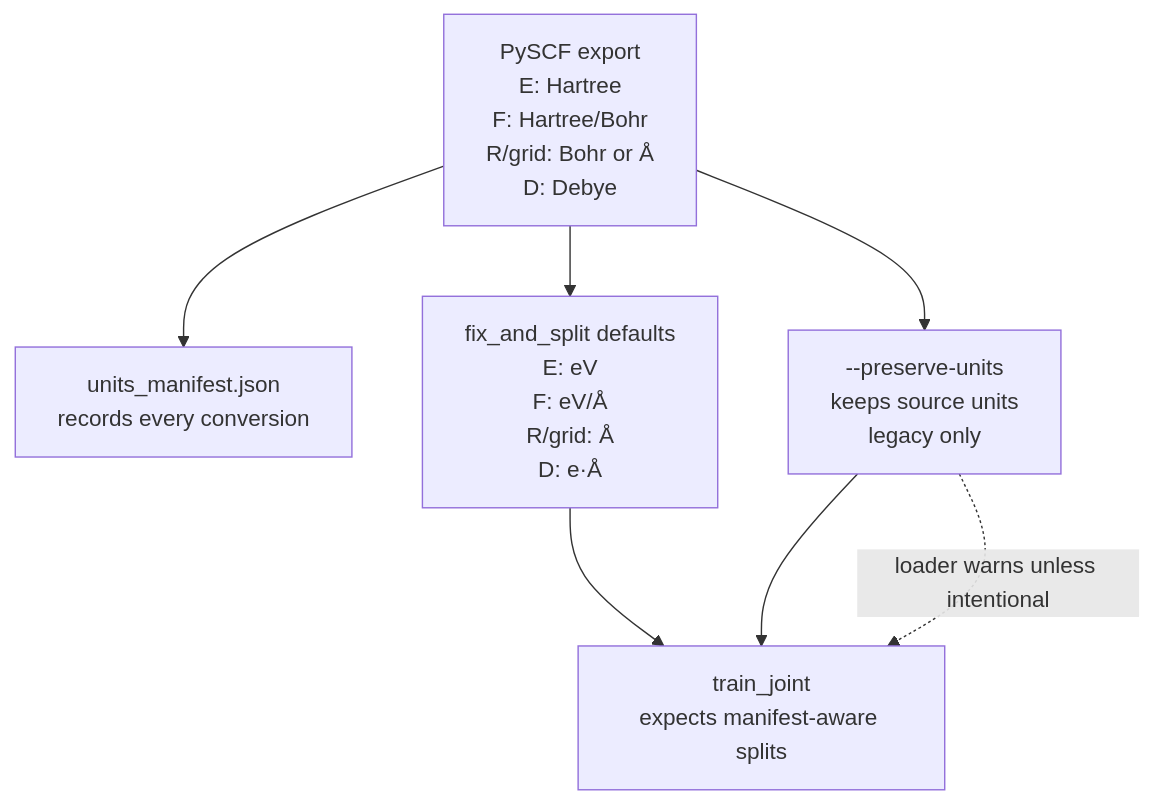
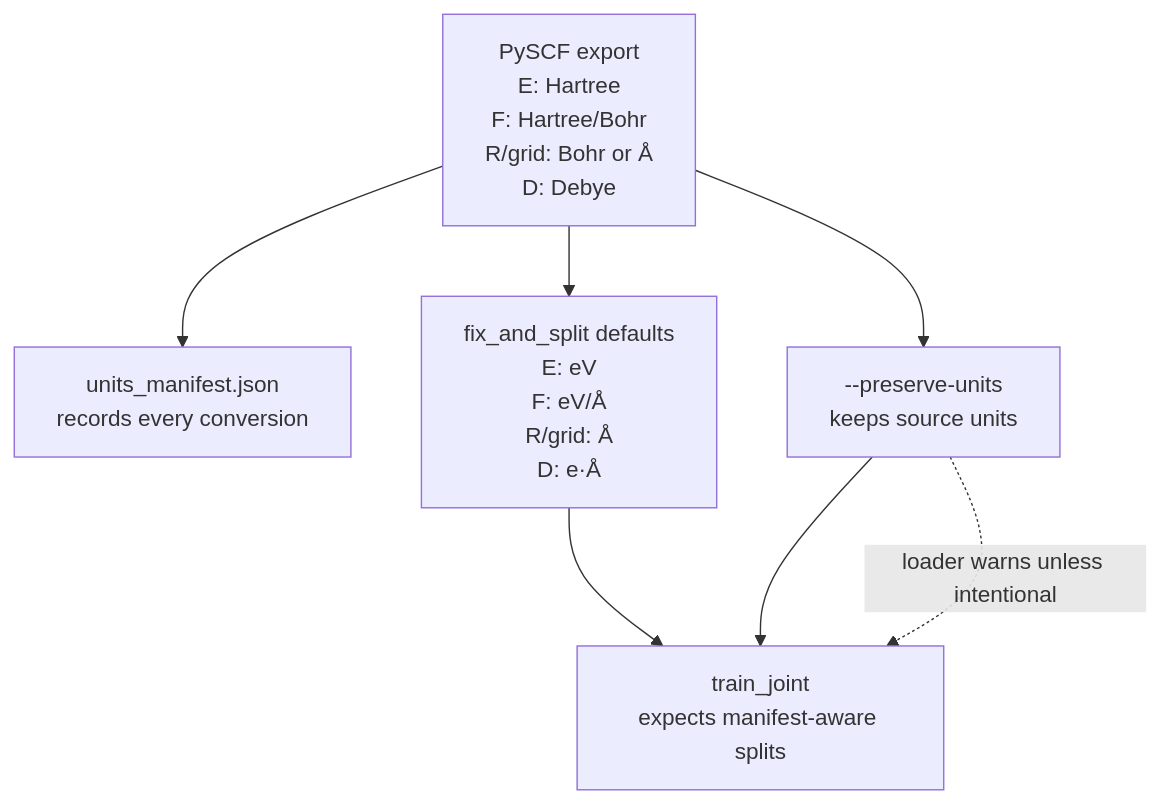
One commit to EricBoittier/karml changed the second of 4 diagrams in docs/UNITS_SUMMARY.md. Above: the diagram before and after it, drawn with Mermaid. The commit also changed other lines of this file and 21 other files, not shown here.

````diff
--- a/docs/UNITS_SUMMARY.md
+++ b/docs/UNITS_SUMMARY.md
@@ -79,13 +79,13 @@
 ```mermaid
 flowchart TB
   PYS["PySCF export\nE: Hartree\nF: Hartree/Bohr\nR/grid: Bohr or Å\nD: Debye"]
   MAN["units_manifest.json\nrecords every conversion"]
   SPLIT["fix_and_split defaults\nE: eV\nF: eV/Å\nR/grid: Å\nD: e·Å"]
-  PRES["--preserve-units\nkeeps source units\nlegacy only"]
+  PRES["--preserve-units\nkeeps source units"]
   TRAIN["train_joint\nexpects manifest-aware splits"]
 
   PYS --> MAN
   PYS --> SPLIT --> TRAIN
   PYS --> PRES --> TRAIN
   PRES -. "loader warns unless intentional" .-> TRAIN
 ```
````
